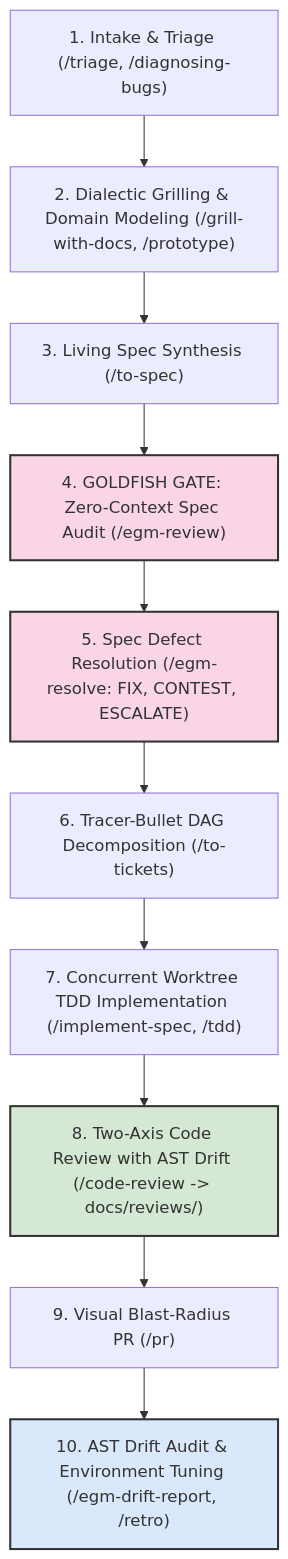
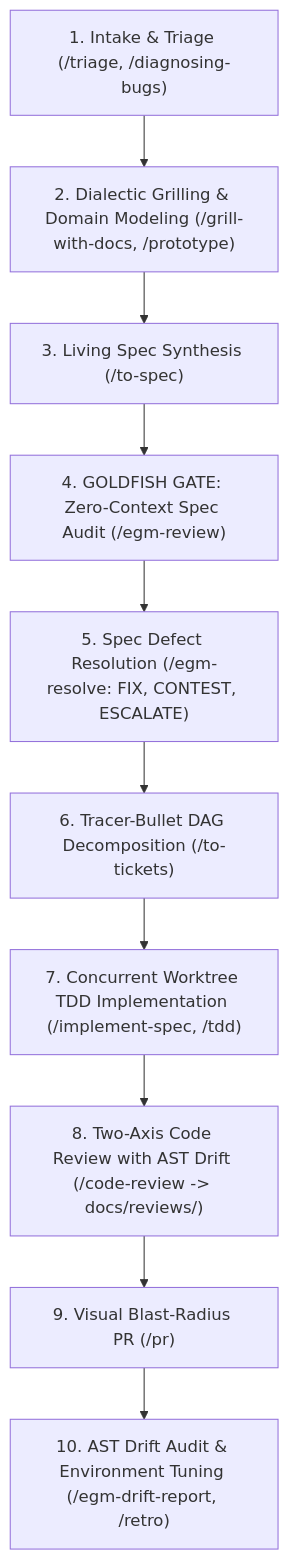
One commit to Saifallah-star/AEGIS changed the diagram in README.md. Above: the diagram before and after it, drawn with Mermaid.

Commit message:
refactor: remove redundant style definitions in flowchart section of README.md

````diff
--- a/README.md
+++ b/README.md
@@ -71,17 +71,14 @@
 ```mermaid
 flowchart TD
     A["1. Intake & Triage (/triage, /diagnosing-bugs)"] --> B["2. Dialectic Grilling & Domain Modeling (/grill-with-docs, /prototype)"]
     B --> C["3. Living Spec Synthesis (/to-spec)"]
     C --> D["4. GOLDFISH GATE: Zero-Context Spec Audit (/egm-review)"]
     D --> E["5. Spec Defect Resolution (/egm-resolve: FIX, CONTEST, ESCALATE)"]
     E --> F["6. Tracer-Bullet DAG Decomposition (/to-tickets)"]
     F --> G["7. Concurrent Worktree TDD Implementation (/implement-spec, /tdd)"]
     G --> H["8. Two-Axis Code Review with AST Drift (/code-review -> docs/reviews/)"]
     H --> I["9. Visual Blast-Radius PR (/pr)"]
     I --> J["10. AST Drift Audit & Environment Tuning (/egm-drift-report, /retro)"]
 
-    style D fill:#f9d5e5,stroke:#333,stroke-width:2px
-    style E fill:#f9d5e5,stroke:#333,stroke-width:2px
-    style H fill:#d5e8d4,stroke:#333,stroke-width:2px
-    style J fill:#dae8fc,stroke:#333,stroke-width:2px
+
 ```
````
